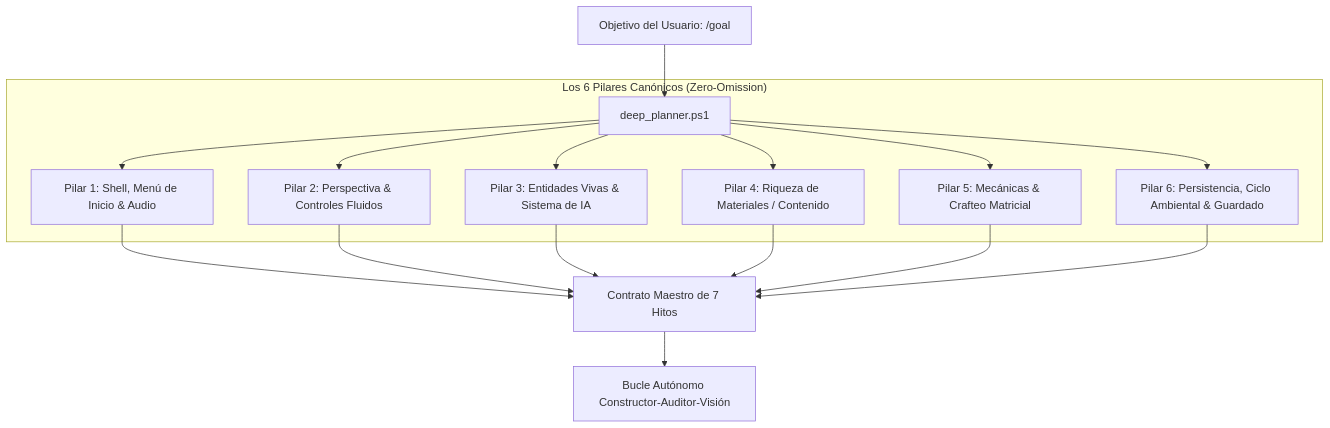
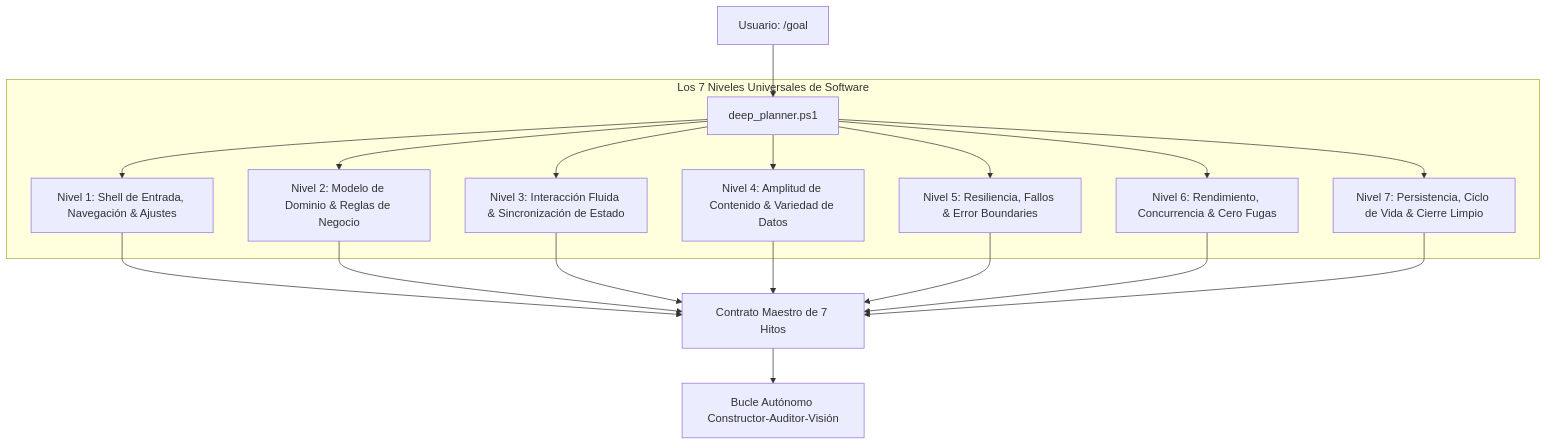
One commit to BryanGM12/antigravity-ultra-goal changed the diagram in README.md. Above: the diagram before and after it, drawn with Mermaid. The commit also changed other lines of this file and 5 other files, not shown here.

Commit message:
feat(v3.1.0): implement Universal 7-Tier Software Engineering Framework and Closed-Loop Self-Healing (Zero Babysitting)

````diff
--- a/README.md
+++ b/README.md
@@ -49,16 +54,17 @@
 ```mermaid
 graph TD
-    Goal[Objetivo del Usuario: /goal] --> DeepPlanner[deep_planner.ps1]
+    Goal[Usuario: /goal <cualquier proyecto>] --> DeepPlanner[deep_planner.ps1]
     
-    subgraph "Los 6 Pilares Canónicos (Zero-Omission)"
-        DeepPlanner --> P1[Pilar 1: Shell, Menú de Inicio & Audio]
-        DeepPlanner --> P2[Pilar 2: Perspectiva & Controles Fluidos]
-        DeepPlanner --> P3[Pilar 3: Entidades Vivas & Sistema de IA]
-        DeepPlanner --> P4[Pilar 4: Riqueza de Materiales / Contenido]
-        DeepPlanner --> P5[Pilar 5: Mecánicas & Crafteo Matricial]
-        DeepPlanner --> P6[Pilar 6: Persistencia, Ciclo Ambiental & Guardado]
+    subgraph "Los 7 Niveles Universales de Software"
+        DeepPlanner --> T1[Nivel 1: Shell de Entrada, Navegación & Ajustes]
+        DeepPlanner --> T2[Nivel 2: Modelo de Dominio & Reglas de Negocio]
+        DeepPlanner --> T3[Nivel 3: Interacción Fluida & Sincronización de Estado]
+        DeepPlanner --> T4[Nivel 4: Amplitud de Contenido & Variedad de Datos]
+        DeepPlanner --> T5[Nivel 5: Resiliencia, Fallos & Error Boundaries]
+        DeepPlanner --> T6[Nivel 6: Rendimiento, Concurrencia & Cero Fugas]
+        DeepPlanner --> T7[Nivel 7: Persistencia, Ciclo de Vida & Cierre Limpio]
     end
     
-    P1 & P2 & P3 & P4 & P5 & P6 --> MasterContract[Contrato Maestro de 7 Hitos]
+    T1 & T2 & T3 & T4 & T5 & T6 & T7 --> MasterContract[Contrato Maestro de 7 Hitos]
     MasterContract --> Execution[Bucle Autónomo Constructor-Auditor-Visión]
 ```
````
